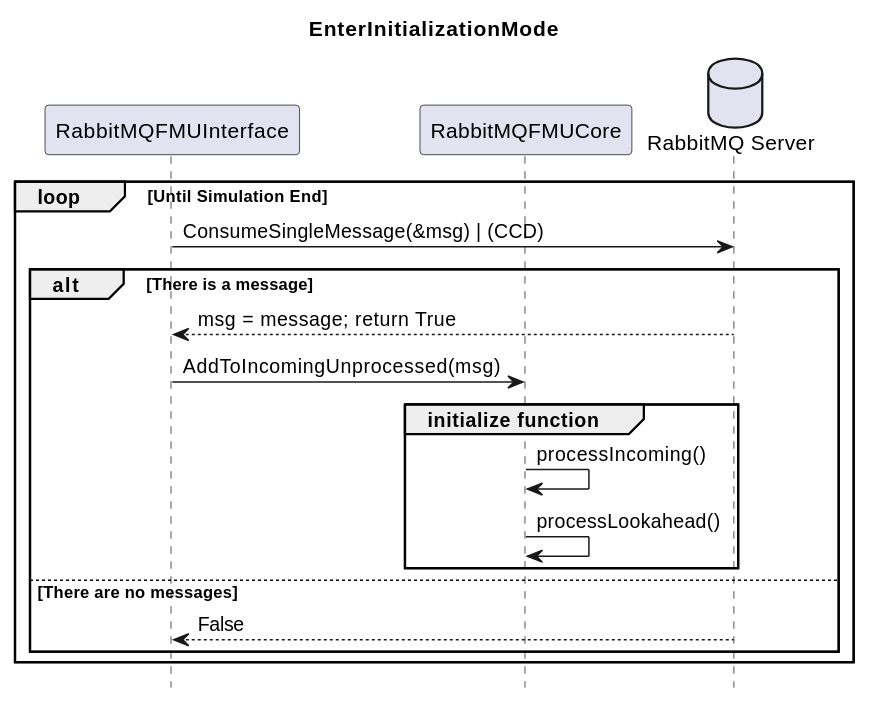
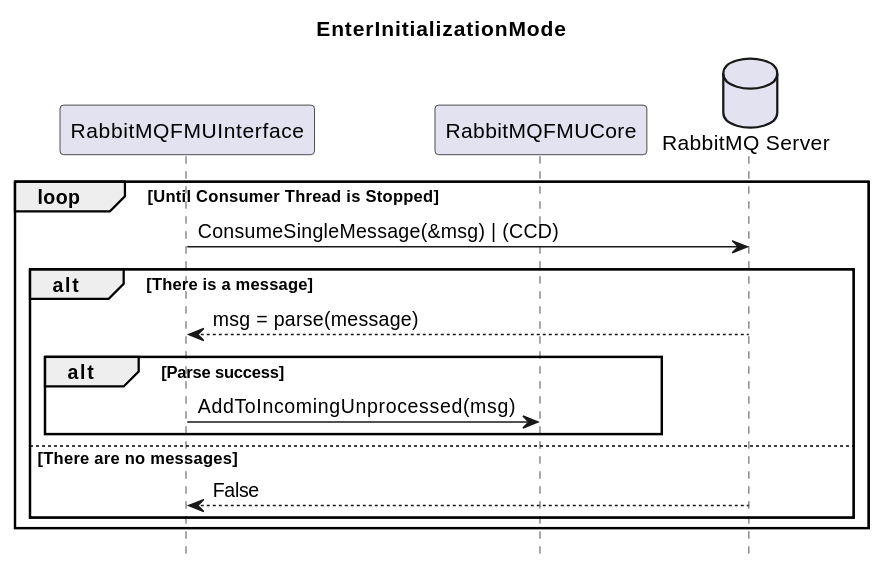
The second of 3 diagrams in docs/data-handling.rst (INTO-CPS-Association/fmu-rabbitmq), drawn with PlantUML before and after one commit. The commit also changed other lines of this file, not shown here.

```diff
--- a/docs/data-handling.rst
+++ b/docs/data-handling.rst
@@ -71,22 +71,20 @@
 .. uml::
 
     title EnterInitializationMode
     hide footbox
 
     participant RabbitMQFMUInterface as FMUI
     participant RabbitMQFMUCore as FMUC
     database "RabbitMQ Server" as server
 
-    loop Until Simulation End
+    loop Until Consumer Thread is Stopped
         FMUI -> server: ConsumeSingleMessage(&msg) | (CCD)
         alt There is a message
-            server --> FMUI: msg = message; return True
-            FMUI -> FMUC: AddToIncomingUnprocessed(msg)
-            group initialize function
-                FMUC -> FMUC: processIncoming()
-                FMUC -> FMUC: processLookahead()
+            server --> FMUI: msg = parse(message)
+            alt Parse success
+                FMUI -> FMUC: AddToIncomingUnprocessed(msg)
             end
         else There are no messages
             server --> FMUI: False
         end
     end
```
